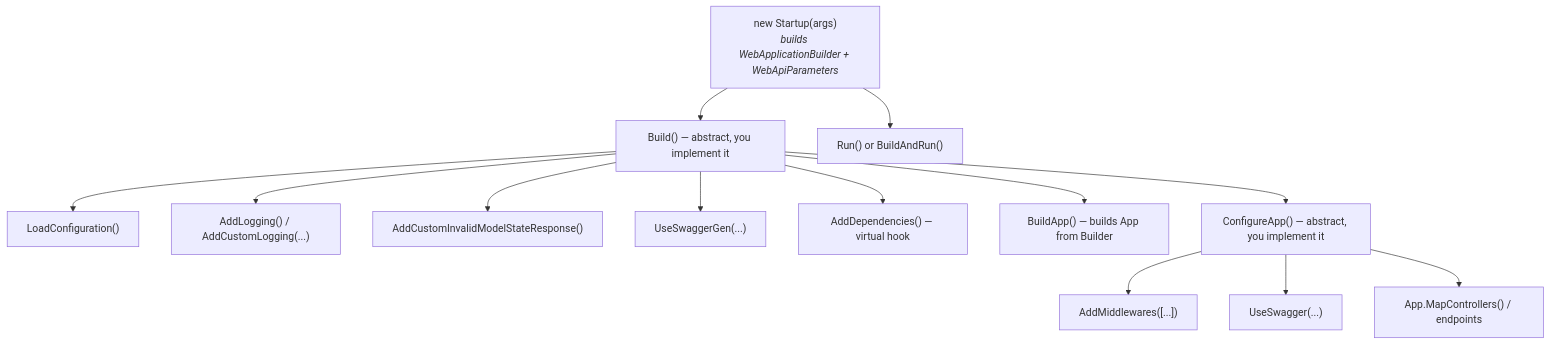
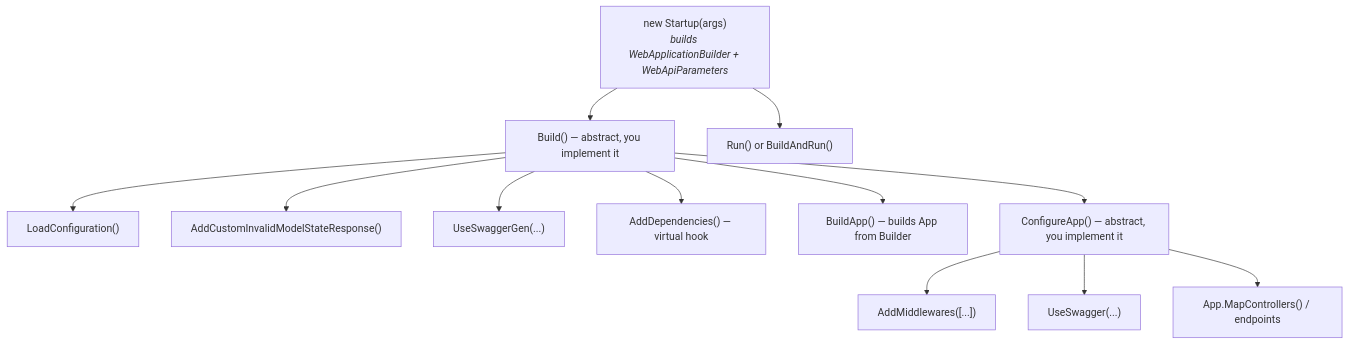
Before and after one commit to artur-rios/dotnet-webapi-util: the diagram in docs/content/configuration.md, drawn with Mermaid. The commit also changed other lines of this file and 1 other file, not shown here.

Commit message:
docs: drop AddLogging/AddCustomLogging references

````diff
--- a/docs/content/configuration.md
+++ b/docs/content/configuration.md
@@ -14,15 +14,14 @@
 ```mermaid
 flowchart TB
     New["new Startup(args)<br/><i>builds WebApplicationBuilder + WebApiParameters</i>"] --> Build["Build() — abstract, you implement it"]
     Build --> LoadConfig["LoadConfiguration()"]
-    Build --> Logging["AddLogging() / AddCustomLogging(...)"]
     Build --> InvalidModel["AddCustomInvalidModelStateResponse()"]
     Build --> SwaggerGen["UseSwaggerGen(...)"]
     Build --> Deps["AddDependencies() — virtual hook"]
     Build --> BuildApp["BuildApp() — builds App from Builder"]
     Build --> ConfigureApp["ConfigureApp() — abstract, you implement it"]
     ConfigureApp --> Middlewares["AddMiddlewares([...])"]
     ConfigureApp --> Swagger["UseSwagger(...)"]
     ConfigureApp --> Map["App.MapControllers() / endpoints"]
     New --> Run["Run() or BuildAndRun()"]
 ```
````
